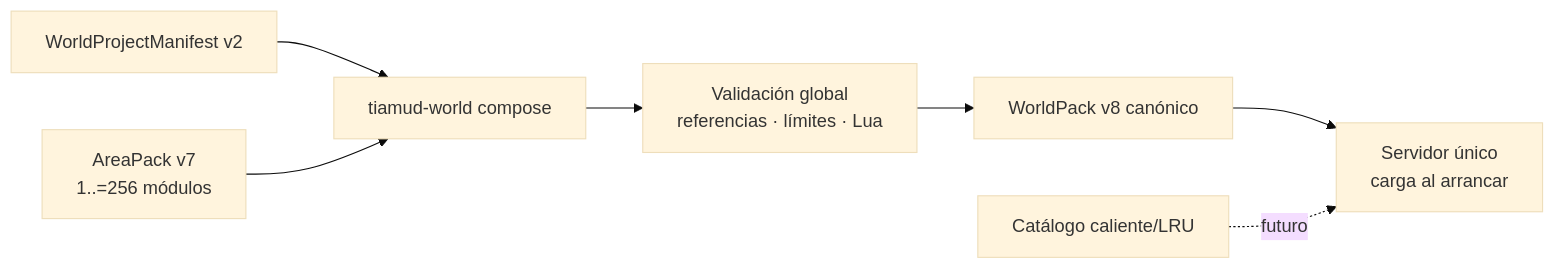
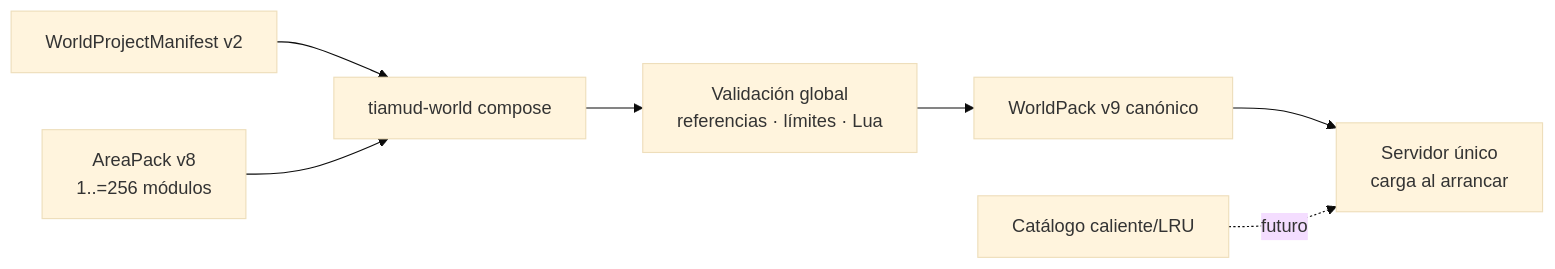
One commit to hyukudan/tiamud changed the first of 2 diagrams in docs/world-authoring.md. Above: the diagram before and after it, drawn with Mermaid (base theme). The commit also changed other lines of this file and 45 other files, not shown here.

````diff
--- a/docs/world-authoring.md
+++ b/docs/world-authoring.md
@@ -31,12 +31,12 @@
 ```mermaid
 flowchart LR
     accTitle: Flujo vigente de autoría modular de Tiamud
     accDescr: Las áreas se componen y validan fuera de línea para producir un solo WorldPack canónico que el servidor carga al arrancar. No existe carga caliente.
 
     Project[WorldProjectManifest v2] --> Compose[tiamud-world compose]
-    Areas[AreaPack v7<br/>1..=256 módulos] --> Compose
+    Areas[AreaPack v8<br/>1..=256 módulos] --> Compose
     Compose --> Validate[Validación global<br/>referencias · límites · Lua]
-    Validate --> Artifact[WorldPack v8 canónico]
+    Validate --> Artifact[WorldPack v9 canónico]
     Artifact --> Server[Servidor único<br/>carga al arrancar]
     Hot[Catálogo caliente/LRU] -. futuro .-> Server
 ```
````
